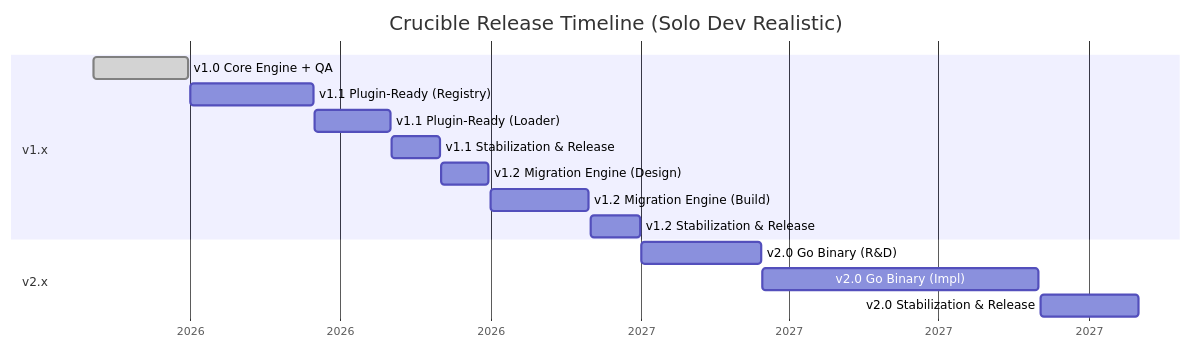
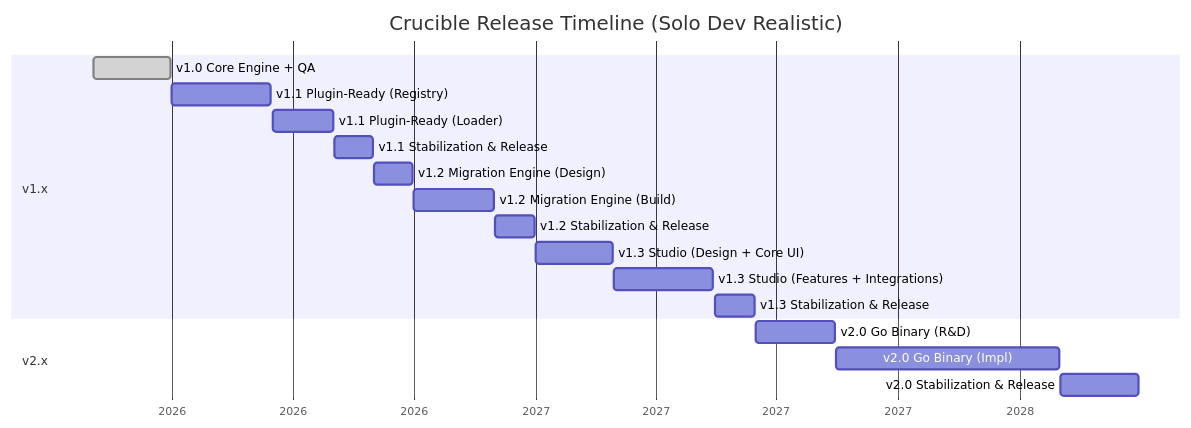
One commit to Naveen2070/project_crucible changed the first of 4 diagrams in ROADMAP.md. Above: the diagram before and after it, drawn with Mermaid. The commit also changed other lines of this file, not shown here.

Commit message:
docs: add v1.3 Studio and v2.0 back to roadmap timeline

````diff
--- a/ROADMAP.md
+++ b/ROADMAP.md
@@ -58,24 +58,28 @@
 ```mermaid
 gantt
     title Crucible Release Timeline (Solo Dev Realistic)
     dateFormat  YYYY-MM-DD
     axisFormat  %Y
 
     section v1.x
 
     v1.0 Core Engine + QA       :done, 2026-02-01, 2026-03-31
 
     v1.1 Plugin-Ready (Registry):2026-04-01, 2026-06-15
     v1.1 Plugin-Ready (Loader)  :2026-06-16, 2026-08-01
     v1.1 Stabilization & Release:2026-08-02, 2026-08-31
 
     v1.2 Migration Engine (Design) :2026-09-01, 2026-09-30
     v1.2 Migration Engine (Build)  :2026-10-01, 2026-11-30
     v1.2 Stabilization & Release   :2026-12-01, 2026-12-31
 
+    v1.3 Studio (Design + Core UI) :2027-01-01, 2027-02-28
+    v1.3 Studio (Features + Integrations) :2027-03-01, 2027-05-15
+    v1.3 Stabilization & Release   :2027-05-16, 2027-06-15
+
     section v2.x
 
-    v2.0 Go Binary (R&D)       :2027-01-01, 2027-03-15
-    v2.0 Go Binary (Impl)      :2027-03-16, 2027-08-31
-    v2.0 Stabilization & Release:2027-09-01, 2027-10-31
+    v2.0 Go Binary (R&D)       :2027-06-16, 2027-08-15
+    v2.0 Go Binary (Impl)      :2027-08-16, 2028-01-31
+    v2.0 Stabilization & Release:2028-02-01, 2028-03-31
 ```
````
